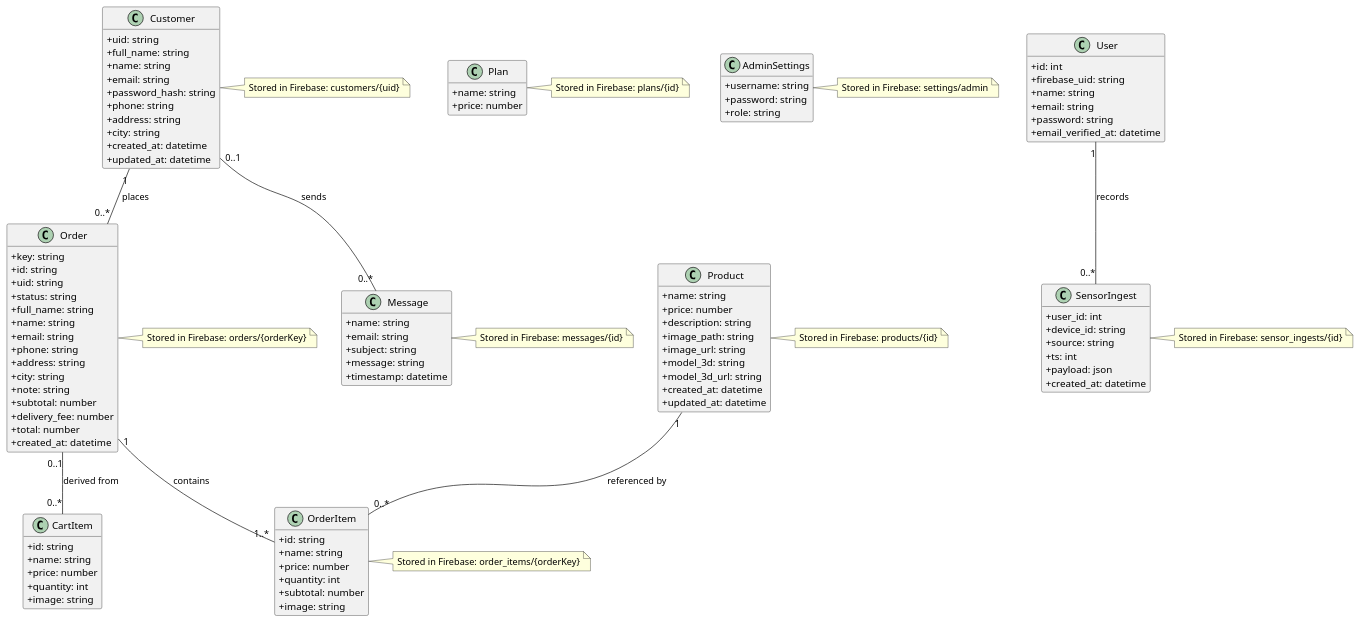
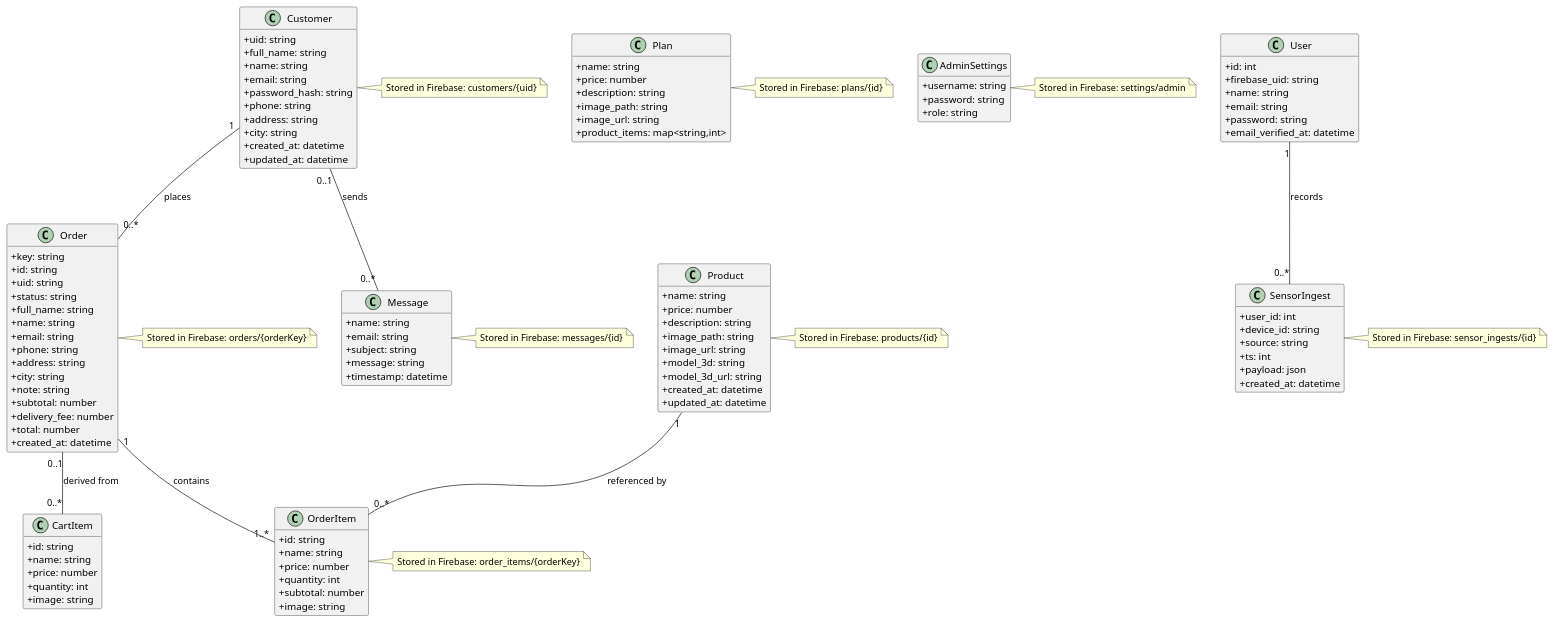
One commit to mhmd901/HydroNova_web changed the diagram in docs/class-diagram.puml. Above: the diagram before and after it, drawn with PlantUML.

```diff
--- a/docs/class-diagram.puml
+++ b/docs/class-diagram.puml
@@ -1,141 +1,145 @@
 @startuml
 skinparam classAttributeIconSize 0
 skinparam shadowing false
 hide empty methods
 
 class User {
   +id: int
   +firebase_uid: string
   +name: string
   +email: string
   +password: string
   +email_verified_at: datetime
 }
 
 class Customer {
   +uid: string
   +full_name: string
   +name: string
   +email: string
   +password_hash: string
   +phone: string
   +address: string
   +city: string
   +created_at: datetime
   +updated_at: datetime
 }
 
 class Order {
   +key: string
   +id: string
   +uid: string
   +status: string
   +full_name: string
   +name: string
   +email: string
   +phone: string
   +address: string
   +city: string
   +note: string
   +subtotal: number
   +delivery_fee: number
   +total: number
   +created_at: datetime
 }
 
 class OrderItem {
   +id: string
   +name: string
   +price: number
   +quantity: int
   +subtotal: number
   +image: string
 }
 
 class Product {
   +name: string
   +price: number
   +description: string
   +image_path: string
   +image_url: string
   +model_3d: string
   +model_3d_url: string
   +created_at: datetime
   +updated_at: datetime
 }
 
 class Plan {
   +name: string
   +price: number
+  +description: string
+  +image_path: string
+  +image_url: string
+  +product_items: map<string,int>
 }
 
 class Message {
   +name: string
   +email: string
   +subject: string
   +message: string
   +timestamp: datetime
 }
 
 class AdminSettings {
   +username: string
   +password: string
   +role: string
 }
 
 class SensorIngest {
   +user_id: int
   +device_id: string
   +source: string
   +ts: int
   +payload: json
   +created_at: datetime
 }
 
 class CartItem {
   +id: string
   +name: string
   +price: number
   +quantity: int
   +image: string
 }
 
 Customer "1" -- "0..*" Order : places
 Order "1" -- "1..*" OrderItem : contains
 Product "1" -- "0..*" OrderItem : referenced by
 Customer "0..1" -- "0..*" Message : sends
 User "1" -- "0..*" SensorIngest : records
 Order "0..1" -- "0..*" CartItem : derived from
 
 note right of Customer
   Stored in Firebase: customers/{uid}
 end note
 
 note right of Order
   Stored in Firebase: orders/{orderKey}
 end note
 
 note right of OrderItem
   Stored in Firebase: order_items/{orderKey}
 end note
 
 note right of Product
   Stored in Firebase: products/{id}
 end note
 
 note right of Plan
   Stored in Firebase: plans/{id}
 end note
 
 note right of Message
   Stored in Firebase: messages/{id}
 end note
 
 note right of AdminSettings
   Stored in Firebase: settings/admin
 end note
 
 note right of SensorIngest
   Stored in Firebase: sensor_ingests/{id}
 end note
 @enduml
```
